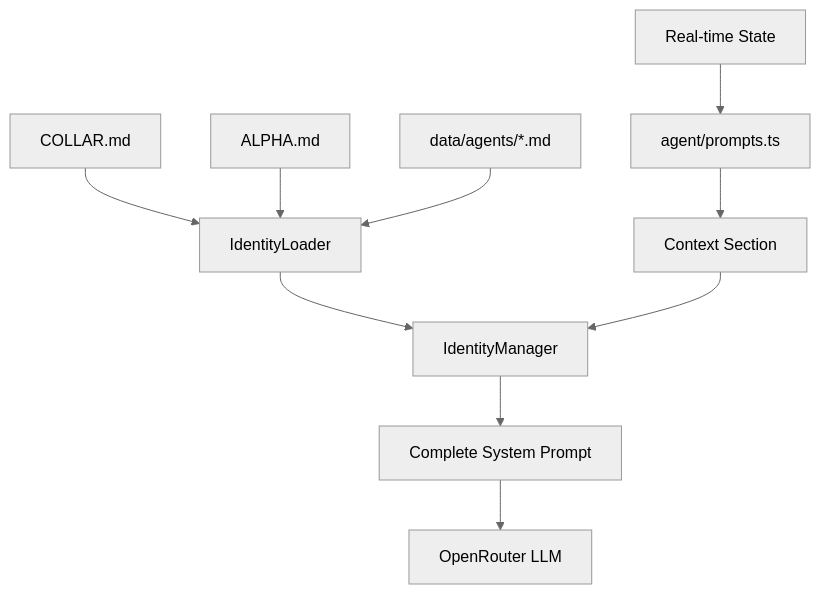
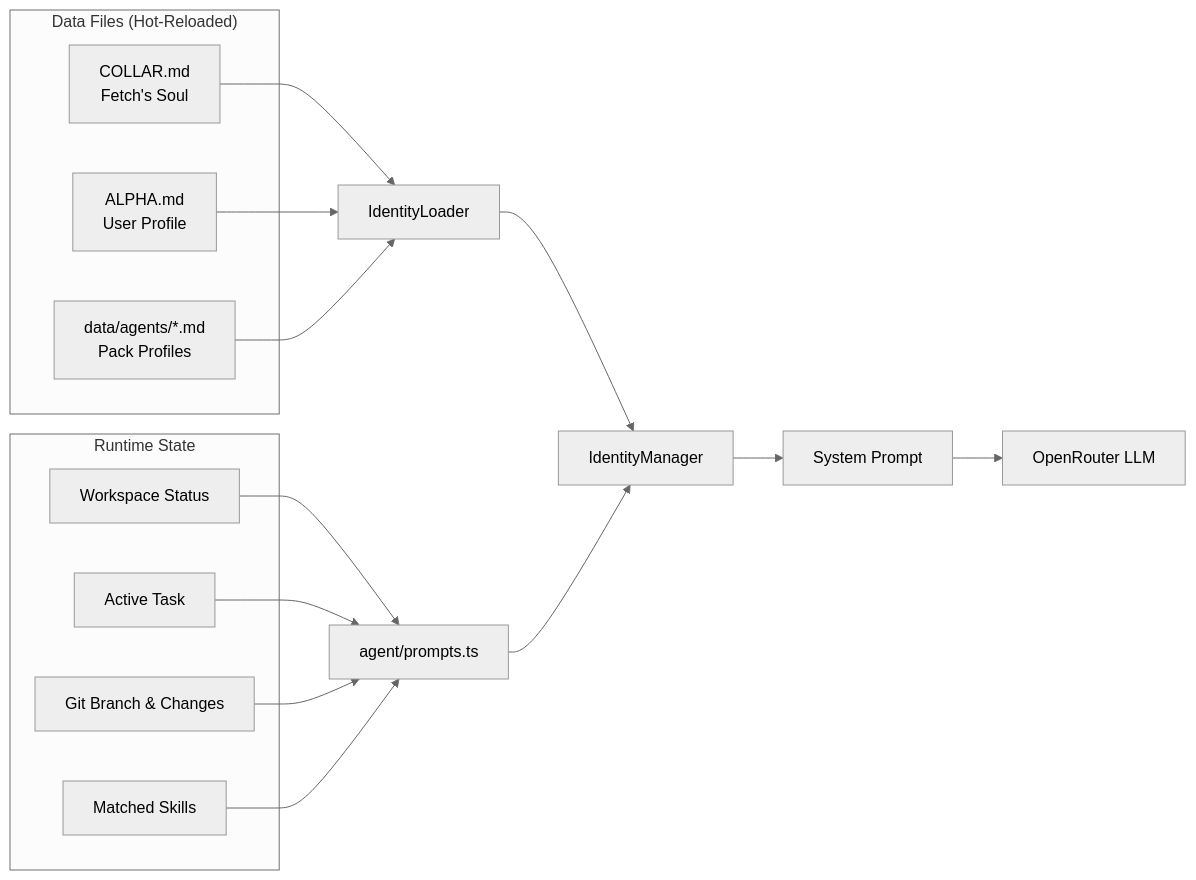
The diagram in docs/markdown/IDENTITY_SYSTEM.md (Traves-Theberge/Fetch), drawn with Mermaid (neutral theme) before and after one commit. The commit also changed other lines of this file and 49 other files, not shown here.

First line of the commit message:
chore(release): — 10 system hardening fixes, identity cleanup, docs overhaul

````diff
--- a/docs/markdown/IDENTITY_SYSTEM.md
+++ b/docs/markdown/IDENTITY_SYSTEM.md
@@ -50,16 +9,30 @@
 ```mermaid
-graph TD
-    A[COLLAR.md] --> L[IdentityLoader]
-    B[ALPHA.md] --> L
-    C[data/agents/*.md] --> L
-    
-    L --> M[IdentityManager]
-    
-    State[Real-time State] --> P[agent/prompts.ts]
-    P --> Context[Context Section]
-    
-    Context --> M
-    M --> Final[Complete System Prompt]
-    
-    Final --> LLM[OpenRouter LLM]
+graph LR
+    subgraph Files ["Data Files (Hot-Reloaded)"]
+        COLLAR["COLLAR.md<br/>Fetch's Soul"]
+        ALPHA["ALPHA.md<br/>User Profile"]
+        AGENTS["data/agents/*.md<br/>Pack Profiles"]
+    end
+
+    subgraph Runtime ["Runtime State"]
+        WS["Workspace Status"]
+        TASK["Active Task"]
+        GIT["Git Branch & Changes"]
+        SKILLS["Matched Skills"]
+    end
+
+    COLLAR --> LOADER["IdentityLoader"]
+    ALPHA --> LOADER
+    AGENTS --> LOADER
+
+    LOADER --> MGR["IdentityManager"]
+
+    WS --> PROMPTS["agent/prompts.ts"]
+    TASK --> PROMPTS
+    GIT --> PROMPTS
+    SKILLS --> PROMPTS
+
+    PROMPTS --> MGR
+    MGR --> PROMPT["System Prompt"]
+    PROMPT --> LLM["OpenRouter LLM"]
 ```
````
